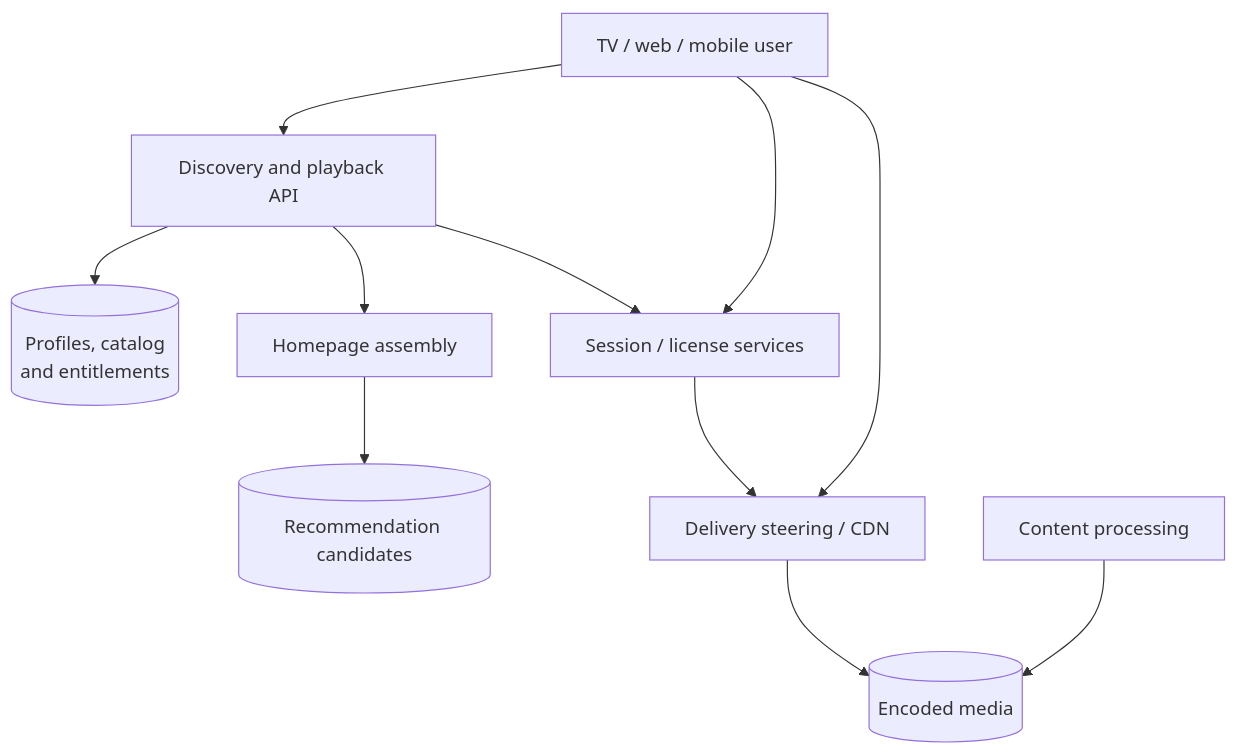
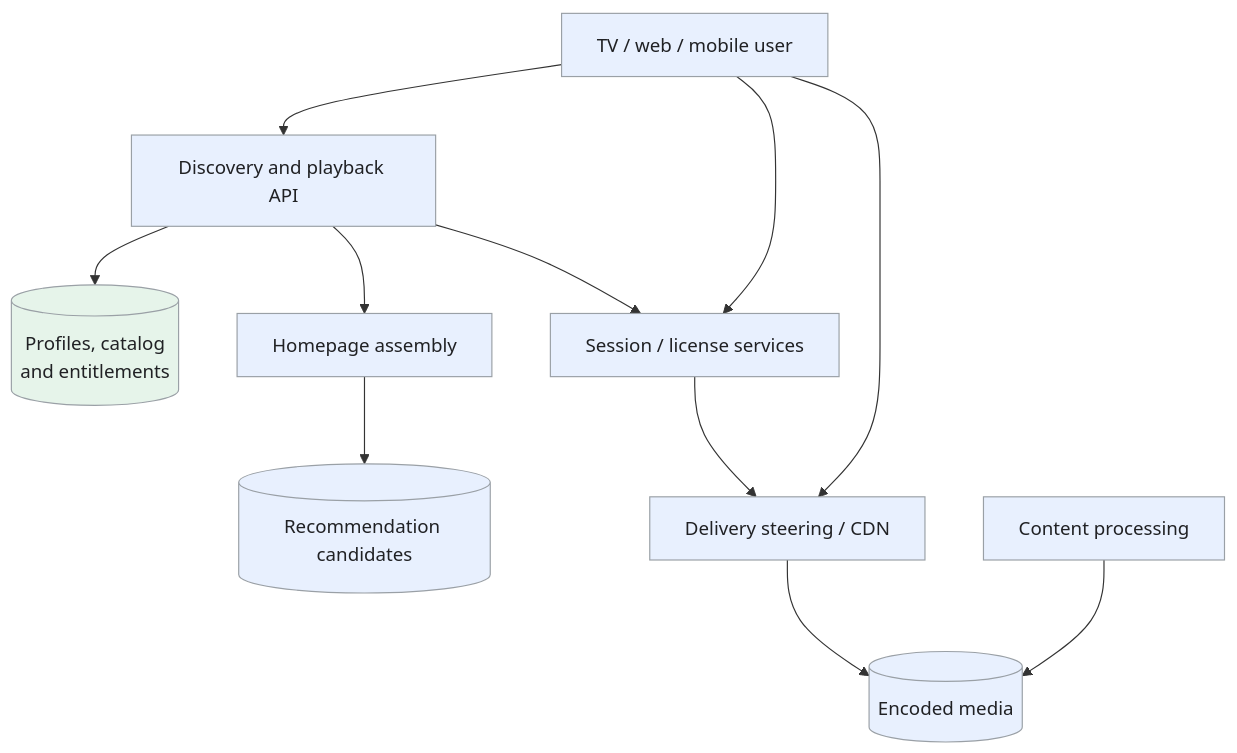
Before and after one commit to iliazlobin/iliazlobin.github.io: the first of 3 diagrams in _designs/system-design-netflix.md, drawn with Mermaid. The commit also changed other lines of this file and 20 other files, not shown here.

Commit message:
Improve design flows, tradeoffs, and technology references

````diff
--- a/_designs/system-design-netflix.md
+++ b/_designs/system-design-netflix.md
@@ -121,13 +121,18 @@
 ```mermaid
 flowchart TB
   U["TV / web / mobile user"] --> API["Discovery and playback API"]
   API --> META[("Profiles, catalog<br/>and entitlements")]
   API --> REC["Homepage assembly"]
   REC --> CAND[("Recommendation candidates")]
   API --> AUTH["Session / license services"]
   AUTH --> CDN["Delivery steering / CDN"]
   U --> CDN
   U --> AUTH
   CDN --> OBJ[("Encoded media")]
   INGEST["Content processing"] --> OBJ
+  classDef request fill:#e8f0fe,stroke:#9aa0a6,color:#202124,stroke-width:1px
+  classDef background fill:#e6f4ea,stroke:#9aa0a6,color:#202124,stroke-width:1px
+  classDef control fill:#fef7e0,stroke:#9aa0a6,color:#202124,stroke-width:1px
+  class U,API,REC,CAND,AUTH,CDN,OBJ,INGEST request
+  class META background
 ```
````
